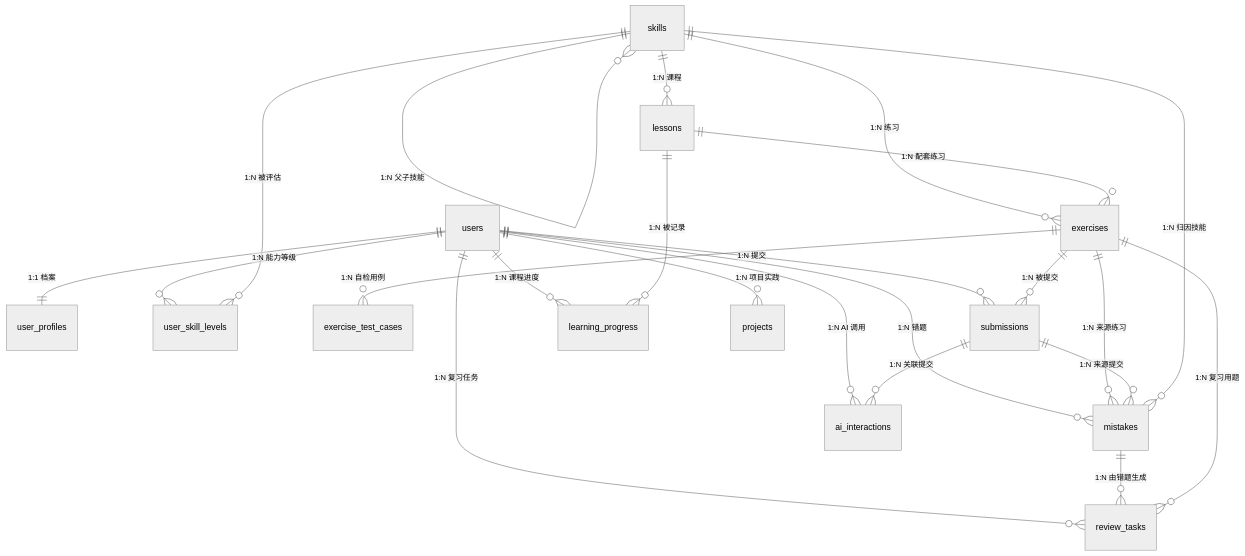
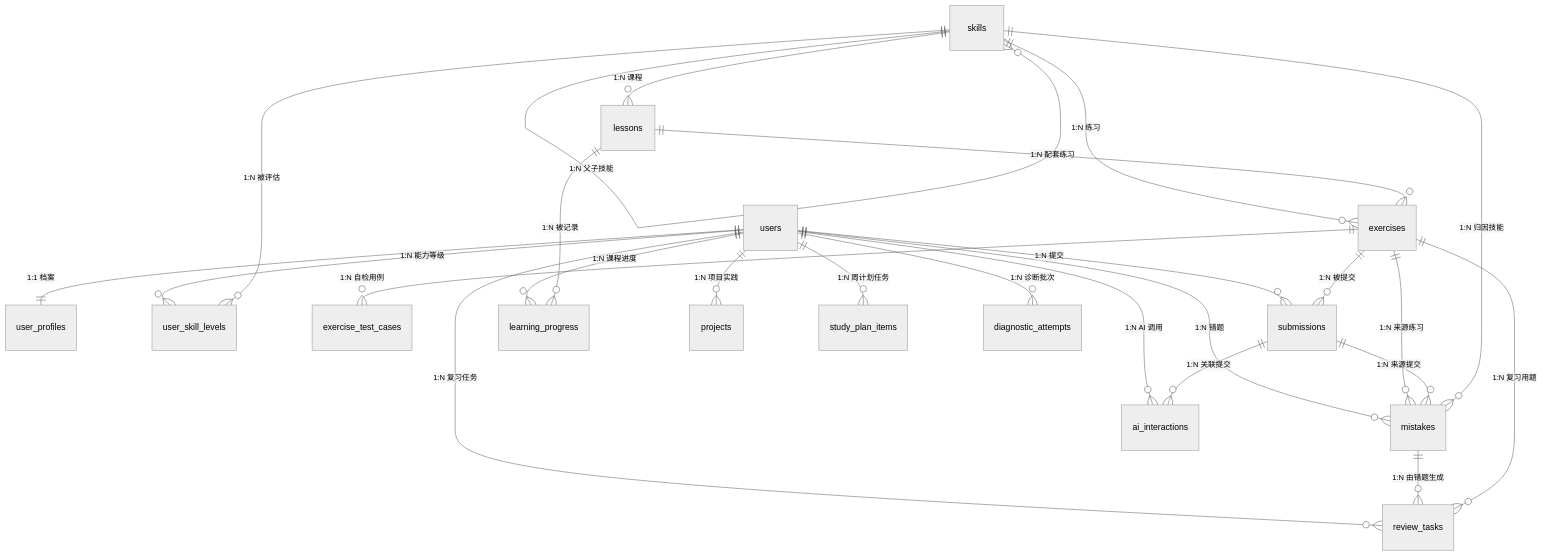
Before and after one commit to Tornado-Zz/ai-learning-copilot: the diagram in docs/DATABASE.md, drawn with Mermaid (neutral theme). The commit also changed other lines of this file and 24 other files, not shown here.

````diff
--- a/docs/DATABASE.md
+++ b/docs/DATABASE.md
@@ -53,25 +53,27 @@
 ```mermaid
 erDiagram
     users ||--|| user_profiles : "1:1 档案"
     users ||--o{ user_skill_levels : "1:N 能力等级"
     skills ||--o{ user_skill_levels : "1:N 被评估"
     skills ||--o{ skills : "1:N 父子技能"
     skills ||--o{ lessons : "1:N 课程"
     skills ||--o{ exercises : "1:N 练习"
     lessons ||--o{ exercises : "1:N 配套练习"
     exercises ||--o{ exercise_test_cases : "1:N 自检用例"
     users ||--o{ submissions : "1:N 提交"
     exercises ||--o{ submissions : "1:N 被提交"
     users ||--o{ learning_progress : "1:N 课程进度"
     lessons ||--o{ learning_progress : "1:N 被记录"
     users ||--o{ mistakes : "1:N 错题"
     exercises ||--o{ mistakes : "1:N 来源练习"
     submissions ||--o{ mistakes : "1:N 来源提交"
     skills ||--o{ mistakes : "1:N 归因技能"
     users ||--o{ review_tasks : "1:N 复习任务"
     mistakes ||--o{ review_tasks : "1:N 由错题生成"
     exercises ||--o{ review_tasks : "1:N 复习用题"
     users ||--o{ projects : "1:N 项目实践"
     users ||--o{ ai_interactions : "1:N AI 调用"
     submissions ||--o{ ai_interactions : "1:N 关联提交"
+    users ||--o{ study_plan_items : "1:N 周计划任务"
+    users ||--o{ diagnostic_attempts : "1:N 诊断批次"
 ```
````
